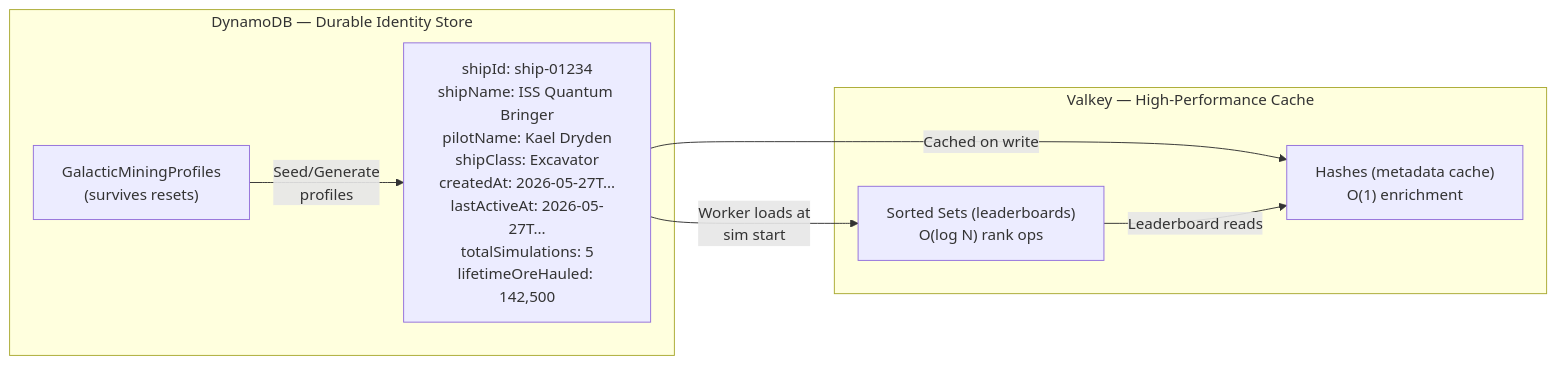
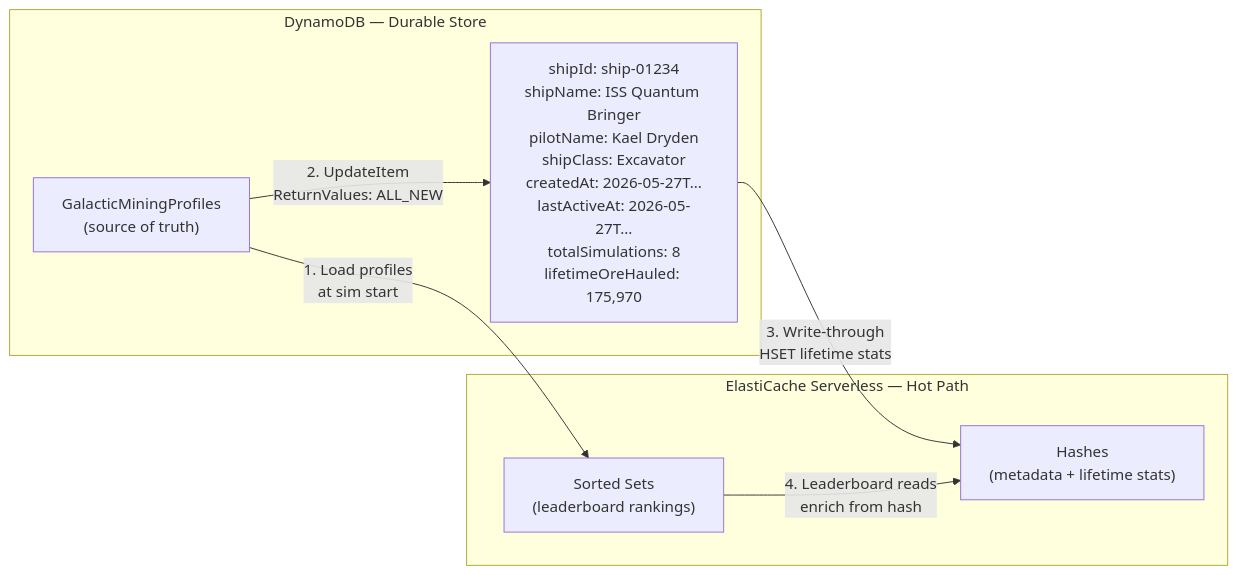
Before and after one commit to rickrams/galactic-mining-league: the second of 5 diagrams in ARCHITECTURE.md, drawn with Mermaid. The commit also changed other lines of this file, not shown here.

Commit message:
Update ARCHITECTURE.md: fix ElastiCache Serverless naming, add load test flow, write-through detail, remove stale NAT references

````diff
--- a/ARCHITECTURE.md
+++ b/ARCHITECTURE.md
@@ -46,17 +48,17 @@
 ```mermaid
 graph LR
-    subgraph "DynamoDB — Durable Identity Store"
-        DDB_TABLE["GalacticMiningProfiles<br/>(survives resets)"]
-        DDB_ITEM["shipId: ship-01234<br/>shipName: ISS Quantum Bringer<br/>pilotName: Kael Dryden<br/>shipClass: Excavator<br/>createdAt: 2026-05-27T...<br/>lastActiveAt: 2026-05-27T...<br/>totalSimulations: 5<br/>lifetimeOreHauled: 142,500"]
+    subgraph "DynamoDB — Durable Store"
+        DDB_TABLE["GalacticMiningProfiles<br/>(source of truth)"]
+        DDB_ITEM["shipId: ship-01234<br/>shipName: ISS Quantum Bringer<br/>pilotName: Kael Dryden<br/>shipClass: Excavator<br/>createdAt: 2026-05-27T...<br/>lastActiveAt: 2026-05-27T...<br/>totalSimulations: 8<br/>lifetimeOreHauled: 175,970"]
     end
 
-    subgraph "Valkey — High-Performance Cache"
-        ZSETS["Sorted Sets (leaderboards)<br/>O(log N) rank ops"]
-        HASHES["Hashes (metadata cache)<br/>O(1) enrichment"]
+    subgraph "ElastiCache Serverless — Hot Path"
+        ZSETS["Sorted Sets<br/>(leaderboard rankings)"]
+        HASHES["Hashes<br/>(metadata + lifetime stats)"]
     end
 
-    DDB_TABLE -->|"Seed/Generate<br/>profiles"| DDB_ITEM
-    DDB_ITEM -->|"Worker loads at<br/>sim start"| ZSETS
-    DDB_ITEM -->|"Cached on write"| HASHES
-    ZSETS -->|"Leaderboard reads"| HASHES
+    DDB_TABLE -->|"1. Load profiles<br/>at sim start"| ZSETS
+    DDB_TABLE -->|"2. UpdateItem<br/>ReturnValues: ALL_NEW"| DDB_ITEM
+    DDB_ITEM -->|"3. Write-through<br/>HSET lifetime stats"| HASHES
+    ZSETS -->|"4. Leaderboard reads<br/>enrich from hash"| HASHES
 ```
````
